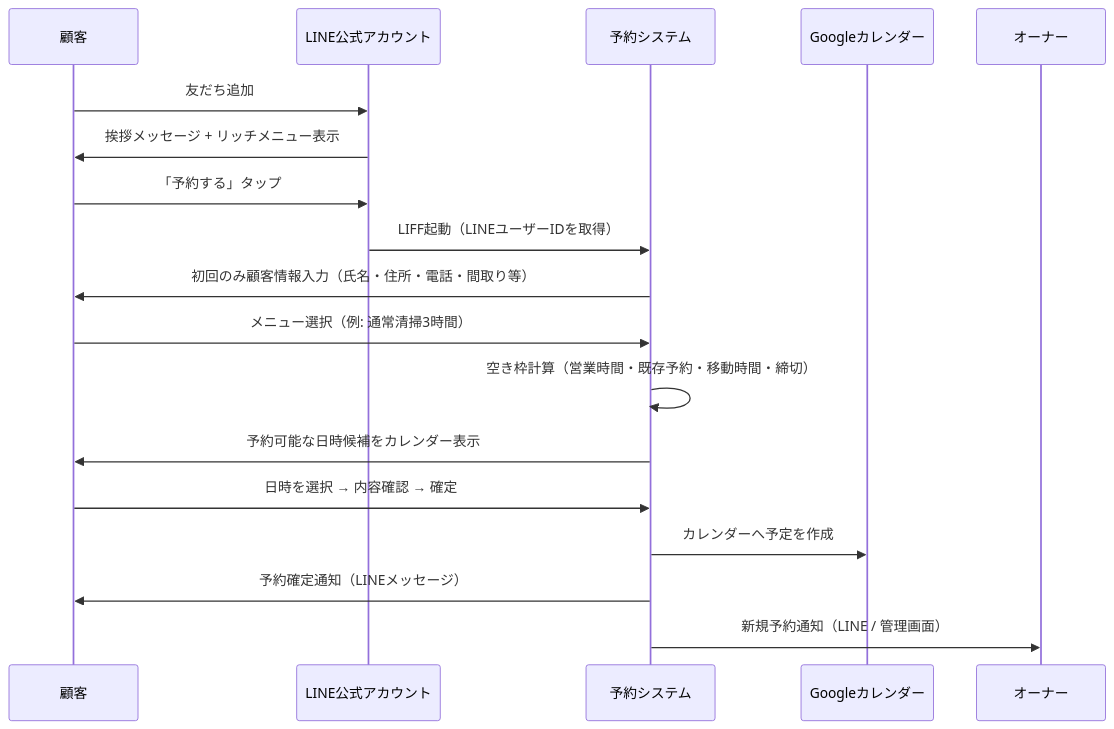
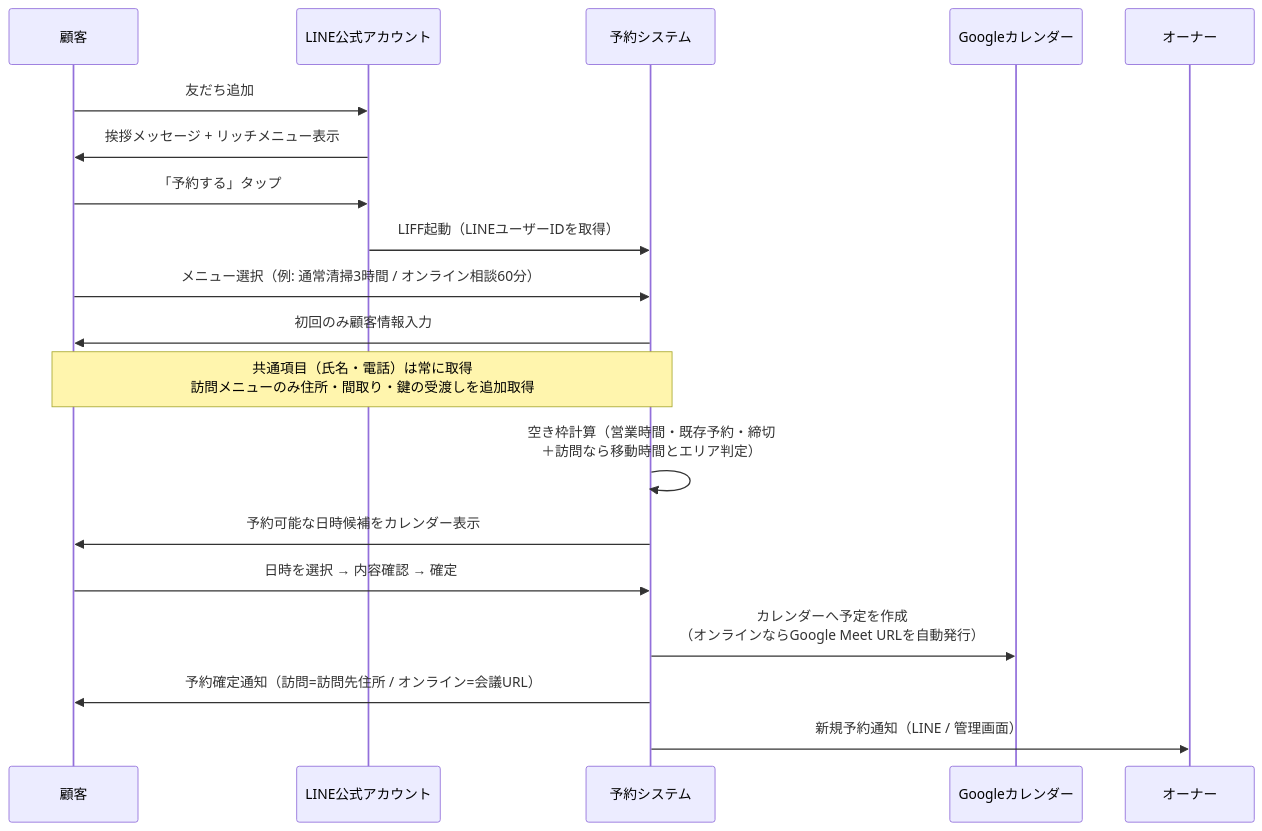
The first of 5 diagrams in docs/requirements.md (tarokuma555-maker/reservation-system), drawn with Mermaid before and after one commit. The commit also changed other lines of this file and 1 other file, not shown here.

````diff
--- a/docs/requirements.md
+++ b/docs/requirements.md
@@ -92,21 +96,22 @@
 ```mermaid
 sequenceDiagram
     participant C as 顧客
     participant L as LINE公式アカウント
     participant S as 予約システム
     participant G as Googleカレンダー
     participant O as オーナー
 
     C->>L: 友だち追加
     L->>C: 挨拶メッセージ + リッチメニュー表示
     C->>L: 「予約する」タップ
     L->>S: LIFF起動（LINEユーザーIDを取得）
-    S->>C: 初回のみ顧客情報入力（氏名・住所・電話・間取り等）
-    C->>S: メニュー選択（例: 通常清掃3時間）
-    S->>S: 空き枠計算（営業時間・既存予約・移動時間・締切）
+    C->>S: メニュー選択（例: 通常清掃3時間 / オンライン相談60分）
+    S->>C: 初回のみ顧客情報入力
+    Note over S,C: 共通項目（氏名・電話）は常に取得<br/>訪問メニューのみ住所・間取り・鍵の受渡しを追加取得
+    S->>S: 空き枠計算（営業時間・既存予約・締切<br/>＋訪問なら移動時間とエリア判定）
     S->>C: 予約可能な日時候補をカレンダー表示
     C->>S: 日時を選択 → 内容確認 → 確定
-    S->>G: カレンダーへ予定を作成
-    S->>C: 予約確定通知（LINEメッセージ）
+    S->>G: カレンダーへ予定を作成<br/>（オンラインならGoogle Meet URLを自動発行）
+    S->>C: 予約確定通知（訪問=訪問先住所 / オンライン=会議URL）
     S->>O: 新規予約通知（LINE / 管理画面）
 ```
````
